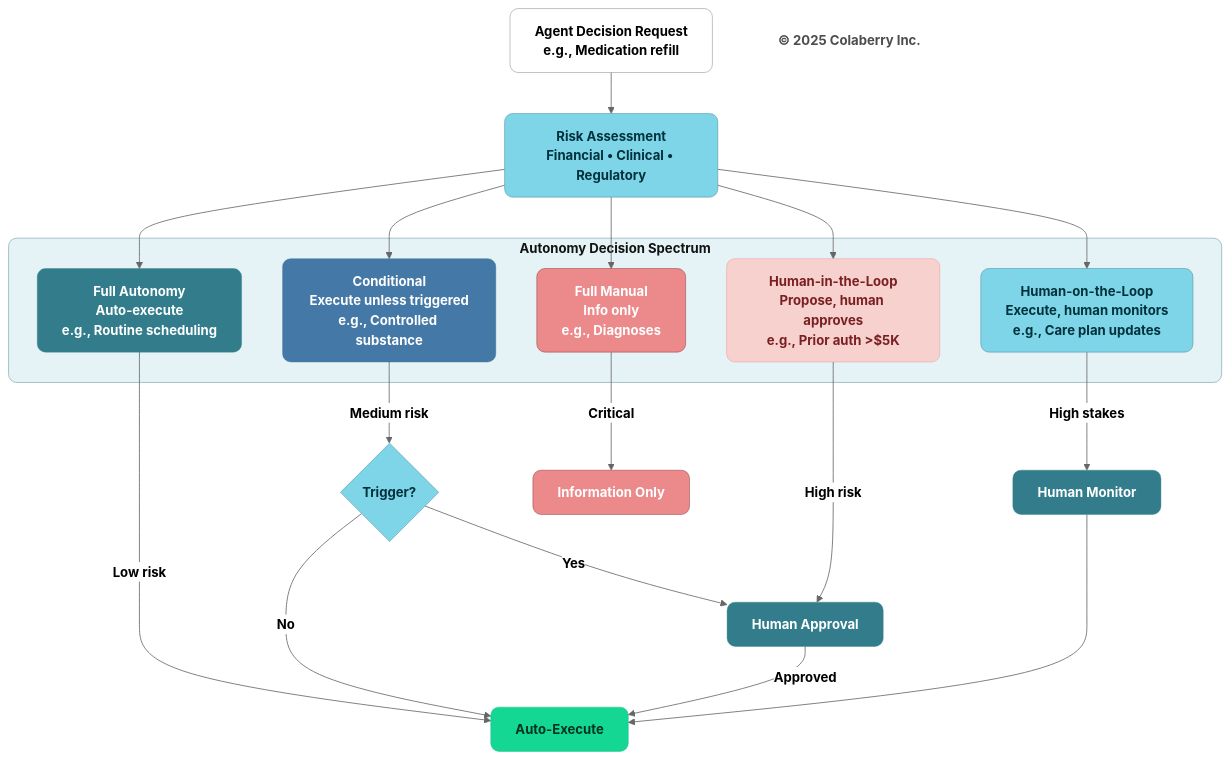
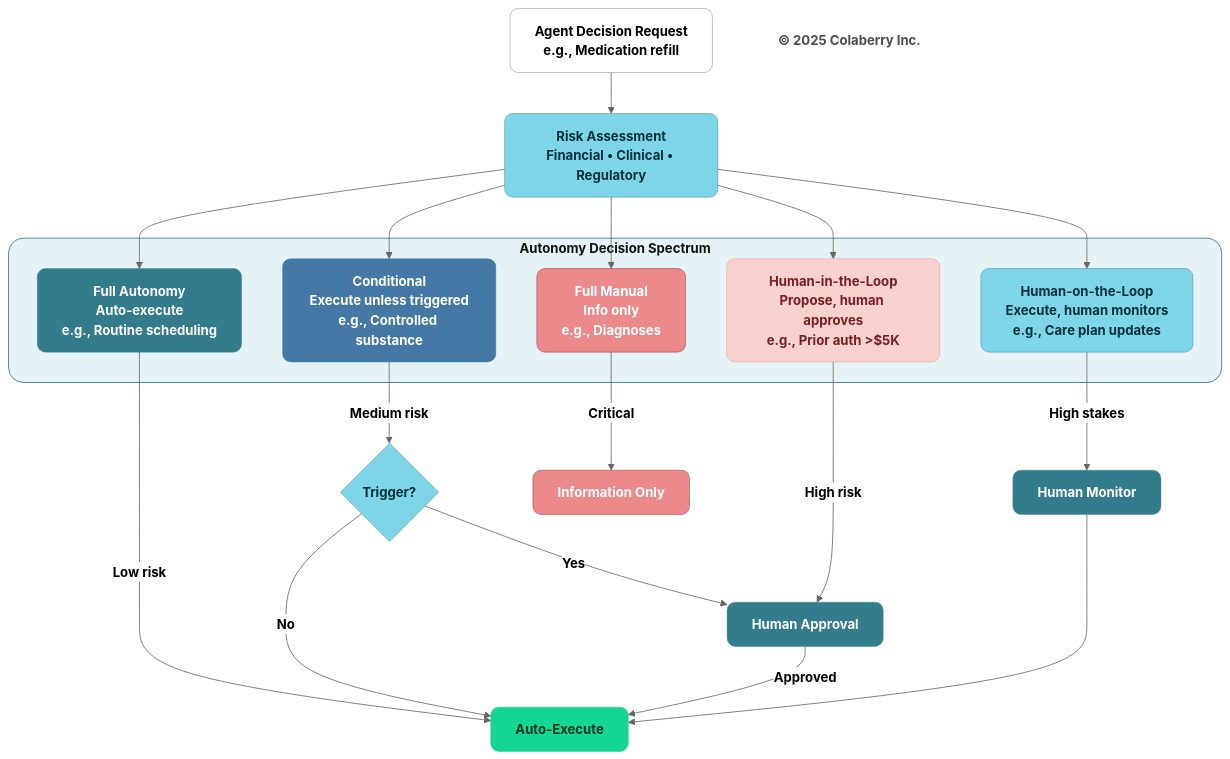
Before and after one commit to saitejesh-cyber/trust-before-intelligence-book: the sixth of 14 diagrams in manuscript/08_chapter_7_goals_framework.md, drawn with Mermaid (neutral theme). The commit also changed other lines of this file and 12 other files, not shown here.

````diff
--- a/manuscript/08_chapter_7_goals_framework.md
+++ b/manuscript/08_chapter_7_goals_framework.md
@@ -546,54 +546,54 @@
 ```mermaid
 graph TB
     REQUEST["<b>Agent Decision Request</b><br/><b>e.g., Medication refill</b>"]
     
     ASSESS["<b>Risk Assessment</b><br/><b>Financial • Clinical • Regulatory</b>"]
     
     REQUEST --> ASSESS
     
     subgraph SPECTRUM["<b>Autonomy Decision Spectrum</b>"]
         FULL["<b>Full Autonomy</b><br/><b>Auto-execute</b><br/><b>e.g., Routine scheduling</b>"]
         
         COND["<b>Conditional</b><br/><b>Execute unless triggered</b><br/><b>e.g., Controlled substance</b>"]
         
         HITL["<b>Human-in-the-Loop</b><br/><b>Propose, human approves</b><br/><b>e.g., Prior auth >$5K</b>"]
         
         HONL["<b>Human-on-the-Loop</b><br/><b>Execute, human monitors</b><br/><b>e.g., Care plan updates</b>"]
         
         MANUAL["<b>Full Manual</b><br/><b>Info only</b><br/><b>e.g., Diagnoses</b>"]
     end
     
     ASSESS --> FULL
     ASSESS --> COND
     ASSESS --> HITL
     ASSESS --> HONL
     ASSESS --> MANUAL
     
     FULL -->|<b>Low risk</b>| EXECUTE["<b>Auto-Execute</b>"]
     COND -->|<b>Medium risk</b>| CHECK{<b>Trigger?</b>}
     CHECK -->|<b>No</b>| EXECUTE
     CHECK -->|<b>Yes</b>| APPROVE["<b>Human Approval</b>"]
     HITL -->|<b>High risk</b>| APPROVE
     HONL -->|<b>High stakes</b>| MONITOR["<b>Human Monitor</b>"]
     MANUAL -->|<b>Critical</b>| INFORM["<b>Information Only</b>"]
     
     APPROVE -->|<b>Approved</b>| EXECUTE
     MONITOR --> EXECUTE
     
     style REQUEST fill:#ffffff,stroke:#666666,stroke-width:0.5px,color:#000000,rx:10,ry:10
     style ASSESS fill:#7FD5E8,stroke:#32738C,stroke-width:0.5px,color:#00323D,rx:10,ry:10
-    style SPECTRUM fill:#E6F3F6,stroke:#32738C,stroke-width:0.5px,color:#121212,rx:10,ry:10
+    style SPECTRUM fill:#E6F3F6,stroke:#32738C,stroke-width:1px,color:#121212,rx:18,ry:18
     style FULL fill:#327C8C,stroke:#30838C,stroke-width:0.5px,color:#ffffff,rx:10,ry:10
     style COND fill:#4478A6,stroke:#32738C,stroke-width:0.5px,color:#ffffff,rx:10,ry:10
     style HITL fill:#F6D1CE,stroke:#EB898B,stroke-width:0.5px,color:#7A1F22,rx:10,ry:10
     style HONL fill:#7FD5E8,stroke:#32738C,stroke-width:0.5px,color:#00323D,rx:10,ry:10
     style MANUAL fill:#EB898B,stroke:#7A1F22,stroke-width:0.5px,color:#ffffff,rx:10,ry:10
     style CHECK fill:#7FD5E8,stroke:#32738C,stroke-width:0.5px,color:#00323D,rx:10,ry:10
     style EXECUTE fill:#14D793,stroke:#0FB67D,stroke-width:0.5px,color:#003322,rx:10,ry:10
     style APPROVE fill:#327C8C,stroke:#30838C,stroke-width:0.5px,color:#ffffff,rx:10,ry:10
     style MONITOR fill:#327C8C,stroke:#30838C,stroke-width:0.5px,color:#ffffff,rx:10,ry:10
     style INFORM fill:#EB898B,stroke:#7A1F22,stroke-width:0.5px,color:#ffffff,rx:10,ry:10
     
     Copyright["<b>© 2025 Colaberry Inc.</b>"]
     style Copyright fill:none,stroke:none,color:#4d4d4d
 ```
````
